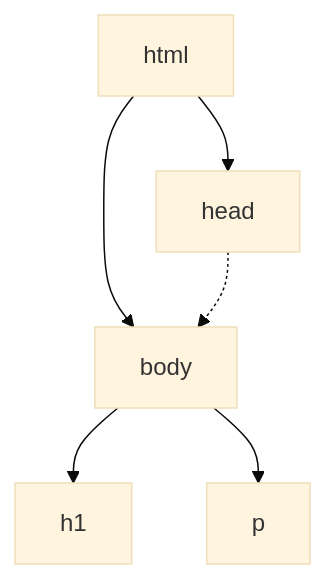
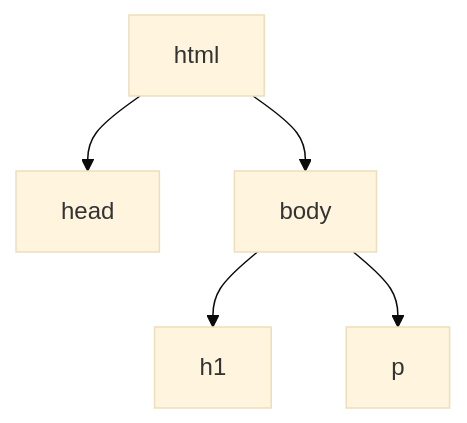
Before and after one commit to nextmarte/raspagemCid: the diagram in index.qmd, drawn with Mermaid (base theme). The commit also changed other lines of this file and 13 other files, not shown here.

````diff
--- a/index.qmd
+++ b/index.qmd
@@ -100,13 +62,12 @@
 ```{mermaid}
 graph TB
     A[html]
     B[head]
     C[body]
     D[h1]
     E[p]
     A --> B
     A --> C
-    B -.-> C
     C --> D
     C --> E
 ```
````
